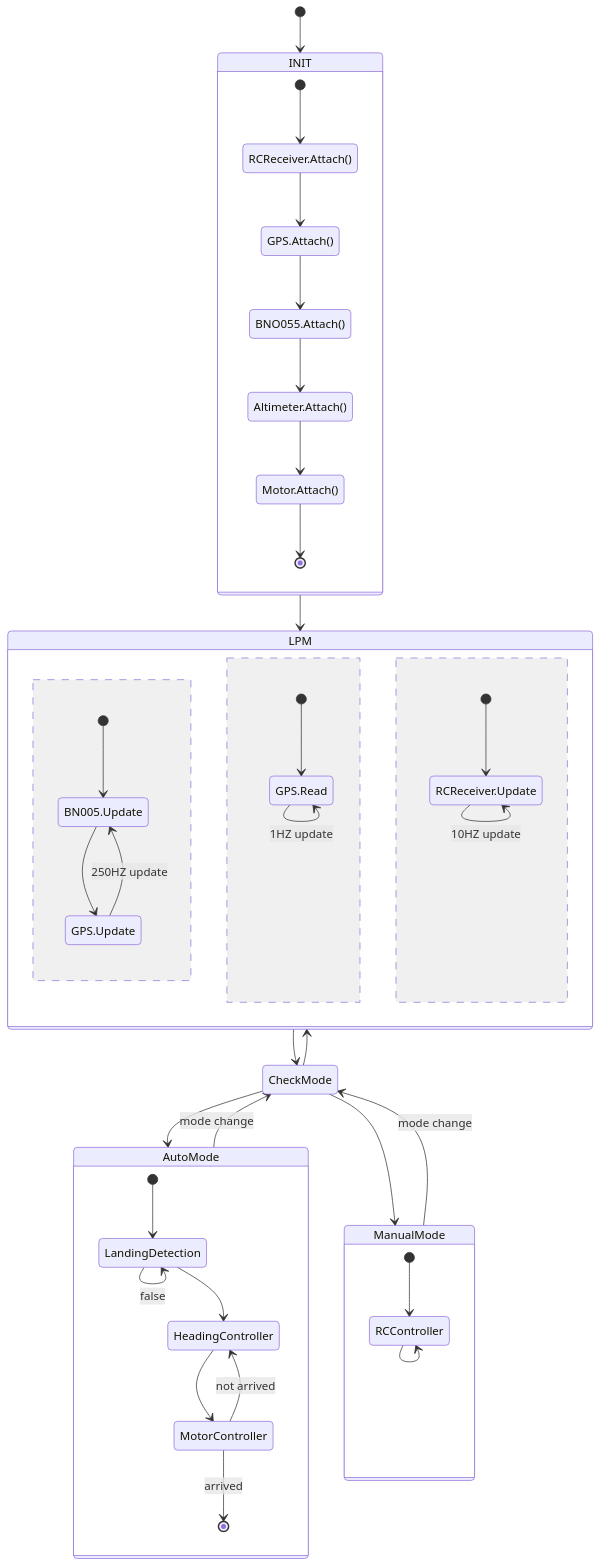
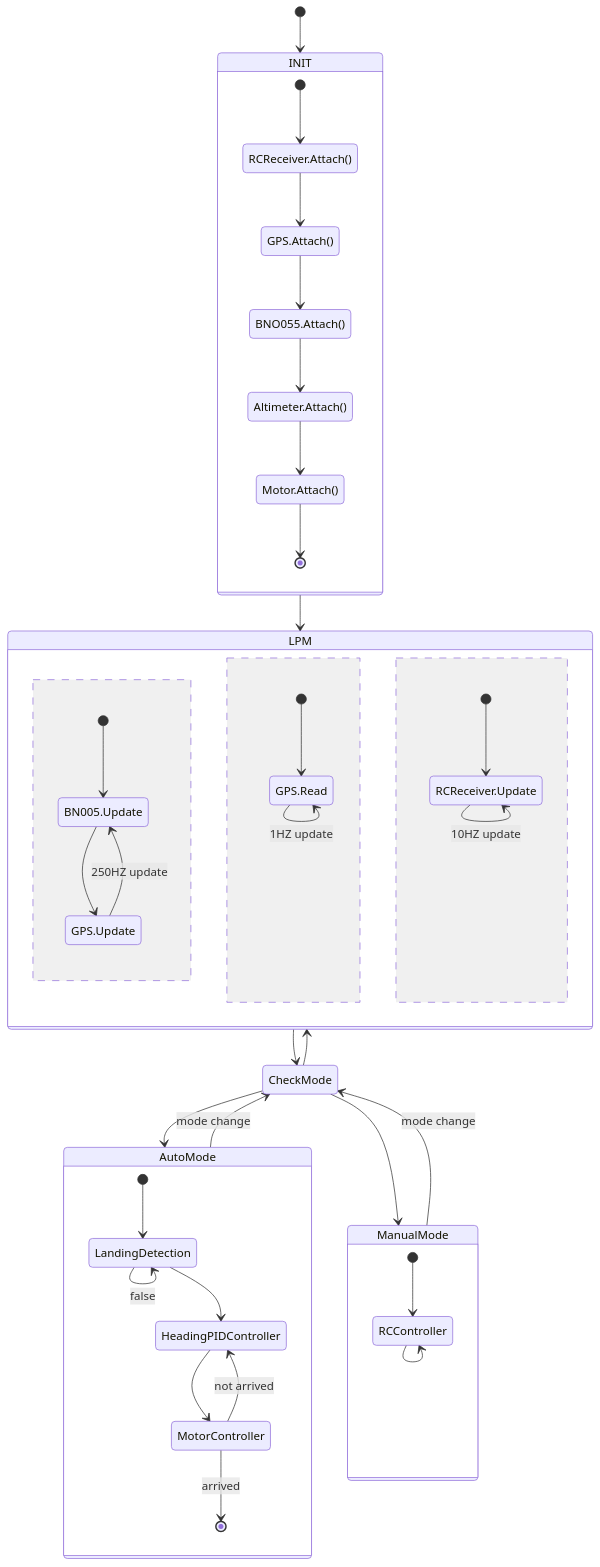
The fourth of 4 diagrams in docs/DESIGN.md (ubcuas/Airdrop-Software-2022), drawn with Mermaid before and after one commit. The commit also changed 8 other files, not shown here.

````diff
--- a/docs/DESIGN.md
+++ b/docs/DESIGN.md
@@ -193,55 +193,55 @@
 ```mermaid
 stateDiagram-v2
 [*] --> INIT
 
 state INIT {
 [*] --> RCReceiver.Attach()
 RCReceiver.Attach() --> GPS.Attach()
 GPS.Attach() --> BNO055.Attach()
 BNO055.Attach() --> Altimeter.Attach()
 Altimeter.Attach() --> Motor.Attach()
 Motor.Attach() --> [*]
 }
 
 INIT --> LPM
 
 state LPM {
   [*] --> BN005.Update
   BN005.Update --> GPS.Update
   GPS.Update --> BN005.Update: 250HZ update
   --
 
   [*] --> GPS.Read
   GPS.Read --> GPS.Read: 1HZ update
 
   --
   
   [*] --> RCReceiver.Update
   RCReceiver.Update --> RCReceiver.Update: 10HZ update
 }
 
 LPM --> CheckMode
 
 CheckMode --> AutoMode
 AutoMode --> CheckMode: mode change
 
 CheckMode --> ManualMode
 ManualMode --> CheckMode: mode change
 
 CheckMode --> LPM
 
 state AutoMode{
   [*] --> LandingDetection
   LandingDetection --> LandingDetection: false
-  LandingDetection --> HeadingController
-  HeadingController --> MotorController
-  MotorController --> HeadingController: not arrived
+  LandingDetection --> HeadingPIDController
+  HeadingPIDController --> MotorController
+  MotorController --> HeadingPIDController: not arrived
   MotorController --> [*]: arrived
 }
 
 state ManualMode {
   [*] --> RCController
   RCController --> RCController
 }
 
 ```
````
